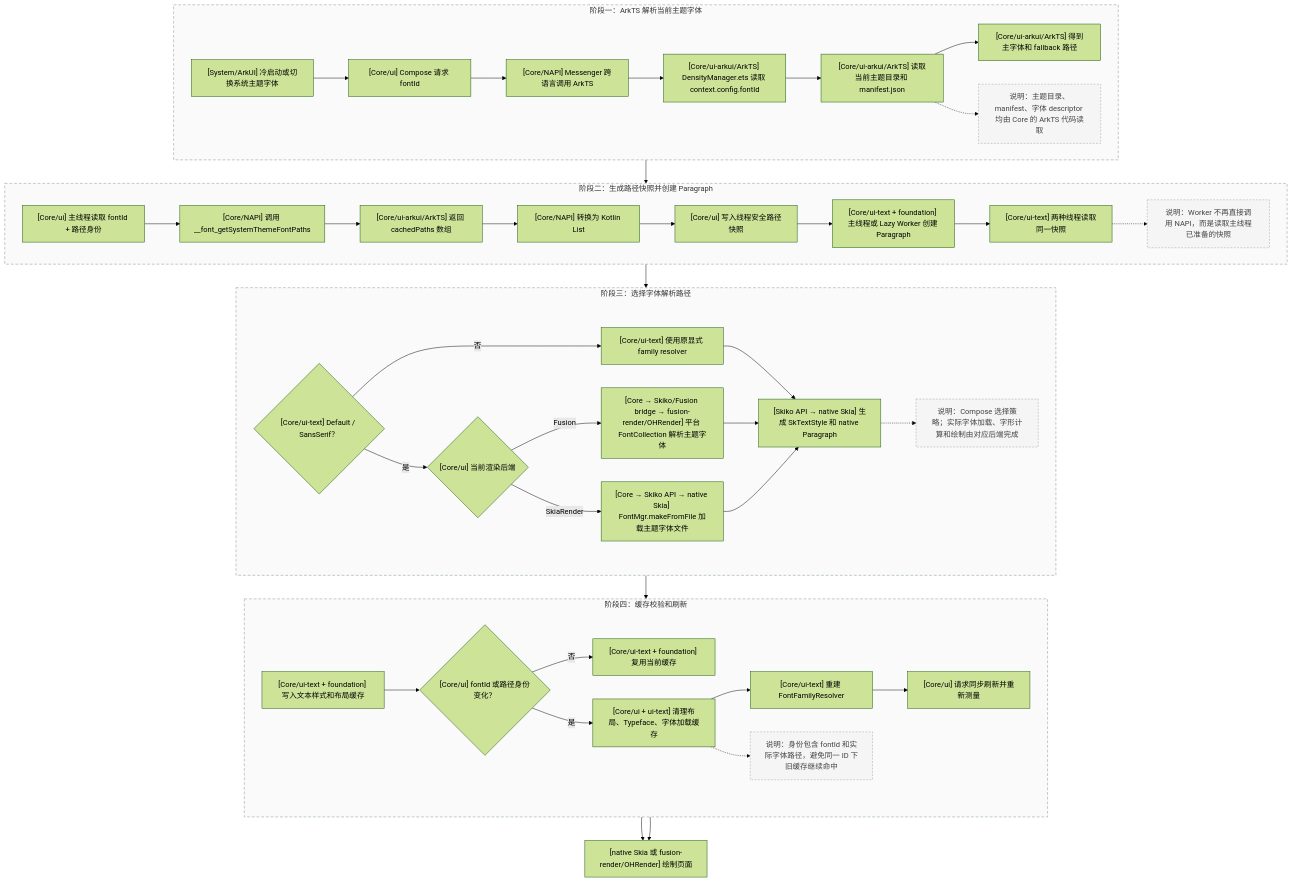
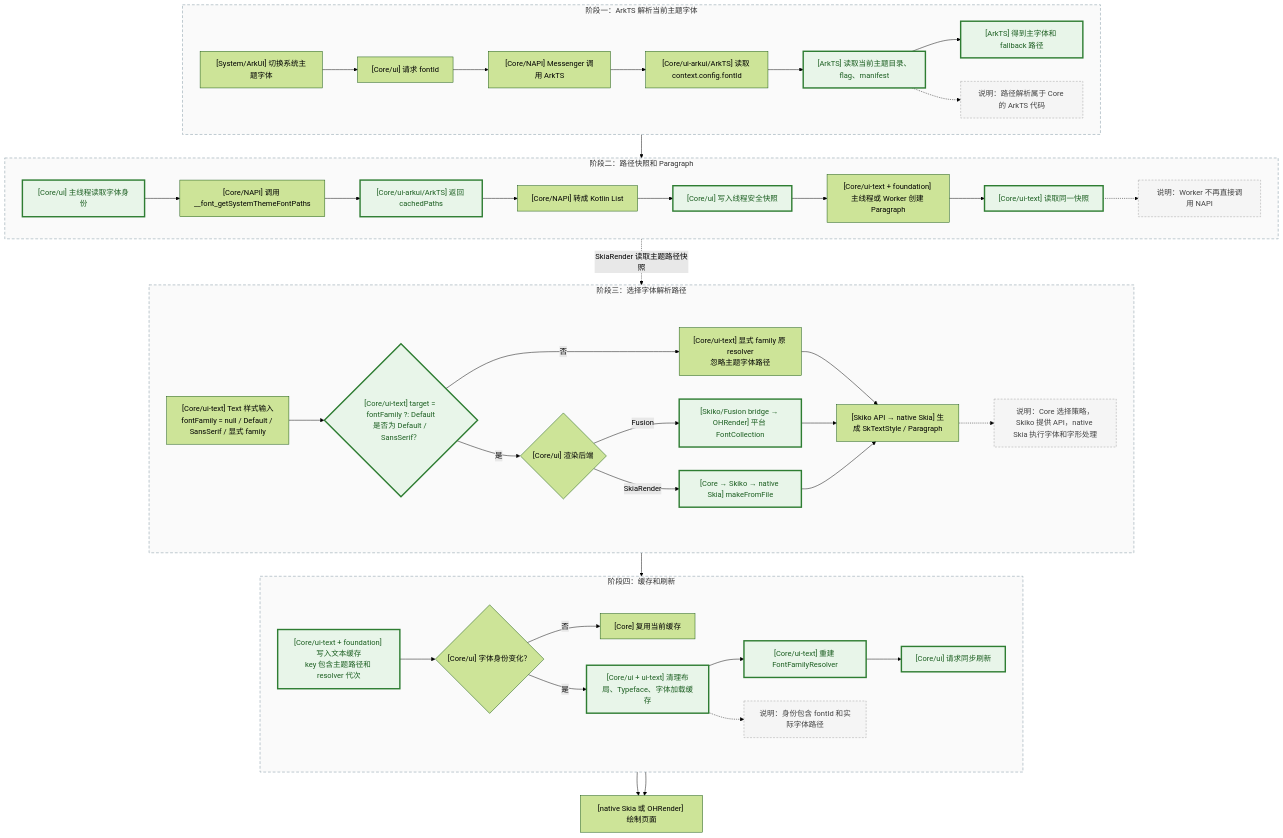
One commit to jsdegithub/CMP-DOCS changed the second of 2 diagrams in CMP不跟随系统字体问题-根因与修复思路.md. Above: the diagram before and after it, drawn with Mermaid (forest theme). The commit also changed other lines of this file, not shown here.

````diff
--- a/CMP不跟随系统字体问题-根因与修复思路.md
+++ b/CMP不跟随系统字体问题-根因与修复思路.md
@@ -1222,58 +117,60 @@
 ```mermaid
 flowchart TD
     subgraph FIX1["阶段一：ArkTS 解析当前主题字体"]
         direction LR
-        A["[System/ArkUI] 冷启动或切换系统主题字体"] --> B["[Core/ui] Compose 请求 fontId"]
-        B --> C["[Core/NAPI] Messenger 跨语言调用 ArkTS"]
-        C --> D["[Core/ui-arkui/ArkTS] DensityManager.ets 读取 context.config.fontId"]
-        D --> E["[Core/ui-arkui/ArkTS] 读取当前主题目录和 manifest.json"]
-        E --> F["[Core/ui-arkui/ArkTS] 得到主字体和 fallback 路径"]
-        E -.-> FNOTE["说明：主题目录、manifest、字体 descriptor 均由 Core 的 ArkTS 代码读取"]
+        A["[System/ArkUI] 切换系统主题字体"] --> B["[Core/ui] 请求 fontId"]
+        B --> C["[Core/NAPI] Messenger 调用 ArkTS"]
+        C --> D["[Core/ui-arkui/ArkTS] 读取 context.config.fontId"]
+        D --> E["[ArkTS] 读取当前主题目录、flag、manifest"]:::fixed
+        E --> F["[ArkTS] 得到主字体和 fallback 路径"]:::fixed
+        E -.-> FNOTE["说明：路径解析属于 Core 的 ArkTS 代码"]
     end
 
-    subgraph FIX2["阶段二：生成路径快照并创建 Paragraph"]
+    subgraph FIX2["阶段二：路径快照和 Paragraph"]
         direction LR
-        G["[Core/ui] 主线程读取 fontId + 路径身份"] --> H["[Core/NAPI] 调用 __font_getSystemThemeFontPaths"]
-        H --> I["[Core/ui-arkui/ArkTS] 返回 cachedPaths 数组"]
-        I --> J["[Core/NAPI] 转换为 Kotlin List<String>"]
-        J --> K["[Core/ui] 写入线程安全路径快照"]
-        L["[Core/ui-text + foundation] 主线程或 Lazy Worker 创建 Paragraph"] --> M["[Core/ui-text] 两种线程读取同一快照"]
+        G["[Core/ui] 主线程读取字体身份"]:::fixed --> H["[Core/NAPI] 调用 __font_getSystemThemeFontPaths"]
+        H --> I["[Core/ui-arkui/ArkTS] 返回 cachedPaths"]:::fixed
+        I --> J["[Core/NAPI] 转成 Kotlin List<String>"]
+        J --> K["[Core/ui] 写入线程安全快照"]:::fixed
+        L["[Core/ui-text + foundation] 主线程或 Worker 创建 Paragraph"] --> M["[Core/ui-text] 读取同一快照"]:::fixed
         K --> L
-        M -.-> MNOTE["说明：Worker 不再直接调用 NAPI，而是读取主线程已准备的快照"]
+        M -.-> MNOTE["说明：Worker 不再直接调用 NAPI"]
     end
 
     subgraph FIX3["阶段三：选择字体解析路径"]
         direction LR
-        N{"[Core/ui-text] Default / SansSerif？"} -->|"否"| O["[Core/ui-text] 使用原显式 family resolver"]
-        N -->|"是"| P{"[Core/ui] 当前渲染后端"}
-        P -->|"Fusion"| Q["[Core → Skiko/Fusion bridge → fusion-render/OHRender] 平台 FontCollection 解析主题字体"]
-        P -->|"SkiaRender"| R["[Core → Skiko API → native Skia] FontMgr.makeFromFile 加载主题字体文件"]
-        O --> S["[Skiko API → native Skia] 生成 SkTextStyle 和 native Paragraph"]
+        TEXTSTYLE["[Core/ui-text] Text 样式输入<br/>fontFamily = null / Default / SansSerif / 显式 family"] --> N{"[Core/ui-text] target = fontFamily ?: Default<br/>是否为 Default / SansSerif？"}:::fixed
+        N -->|"否"| O["[Core/ui-text] 显式 family 原 resolver<br/>忽略主题字体路径"]
+        N -->|"是"| P{"[Core/ui] 渲染后端"}
+        P -->|"Fusion"| Q["[Skiko/Fusion bridge → OHRender] 平台 FontCollection"]:::fixed
+        P -->|"SkiaRender"| R["[Core → Skiko → native Skia] makeFromFile"]:::fixed
+        O --> S["[Skiko API → native Skia] 生成 SkTextStyle / Paragraph"]
         Q --> S
         R --> S
-        S -.-> SNOTE["说明：Compose 选择策略；实际字体加载、字形计算和绘制由对应后端完成"]
+        S -.-> SNOTE["说明：Core 选择策略，Skiko 提供 API，native Skia 执行字体和字形处理"]
     end
 
-    subgraph FIX4["阶段四：缓存校验和刷新"]
+    subgraph FIX4["阶段四：缓存和刷新"]
         direction LR
-        T["[Core/ui-text + foundation] 写入文本样式和布局缓存"] --> U{"[Core/ui] fontId 或路径身份变化？"}
-        U -->|"否"| V["[Core/ui-text + foundation] 复用当前缓存"]
-        U -->|"是"| W["[Core/ui + ui-text] 清理布局、Typeface、字体加载缓存"]
-        W --> X["[Core/ui-text] 重建 FontFamilyResolver"]
-        X --> Y["[Core/ui] 请求同步刷新并重新测量"]
-        W -.-> WNOTE["说明：身份包含 fontId 和实际字体路径，避免同一 ID 下旧缓存继续命中"]
+        T["[Core/ui-text + foundation] 写入文本缓存<br/>key 包含主题路径和 resolver 代次"]:::fixed --> U{"[Core/ui] 字体身份变化？"}
+        U -->|"否"| V["[Core] 复用当前缓存"]
+        U -->|"是"| W["[Core/ui + ui-text] 清理布局、Typeface、字体加载缓存"]:::fixed
+        W --> X["[Core/ui-text] 重建 FontFamilyResolver"]:::fixed
+        X --> Y["[Core/ui] 请求同步刷新"]:::fixed
+        W -.-> WNOTE["说明：身份包含 fontId 和实际字体路径"]
     end
 
     F --> G
-    M --> N
+    M -.->|"SkiaRender 读取主题路径快照"| R
     S --> T
-    V --> Z["[native Skia 或 fusion-render/OHRender] 绘制页面"]
+    V --> Z["[native Skia 或 OHRender] 绘制页面"]
     Y --> Z
 
     style FIX1 fill:#fafafa,stroke:#78909c,stroke-width:1px,stroke-dasharray:6 4
     style FIX2 fill:#fafafa,stroke:#78909c,stroke-width:1px,stroke-dasharray:6 4
     style FIX3 fill:#fafafa,stroke:#78909c,stroke-width:1px,stroke-dasharray:6 4
     style FIX4 fill:#fafafa,stroke:#78909c,stroke-width:1px,stroke-dasharray:6 4
     classDef note fill:#f5f5f5,stroke:#9e9e9e,stroke-width:1px,stroke-dasharray:4 3,color:#424242;
+    classDef fixed fill:#e8f5e9,stroke:#2e7d32,stroke-width:3px,color:#1b5e20;
     class FNOTE,MNOTE,SNOTE,WNOTE note;
 ```
````
